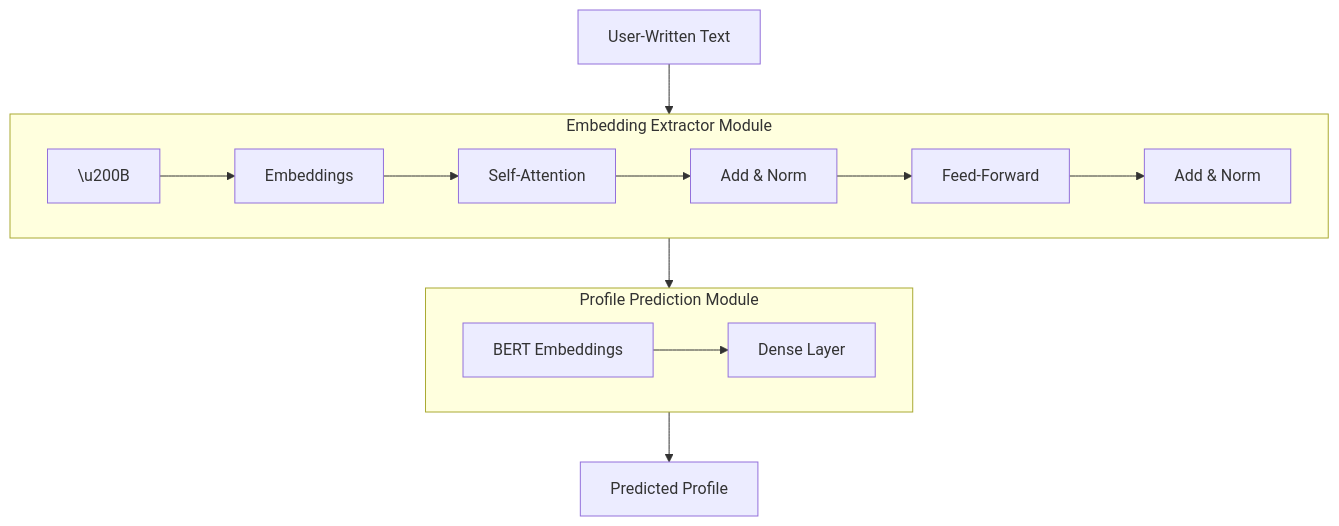
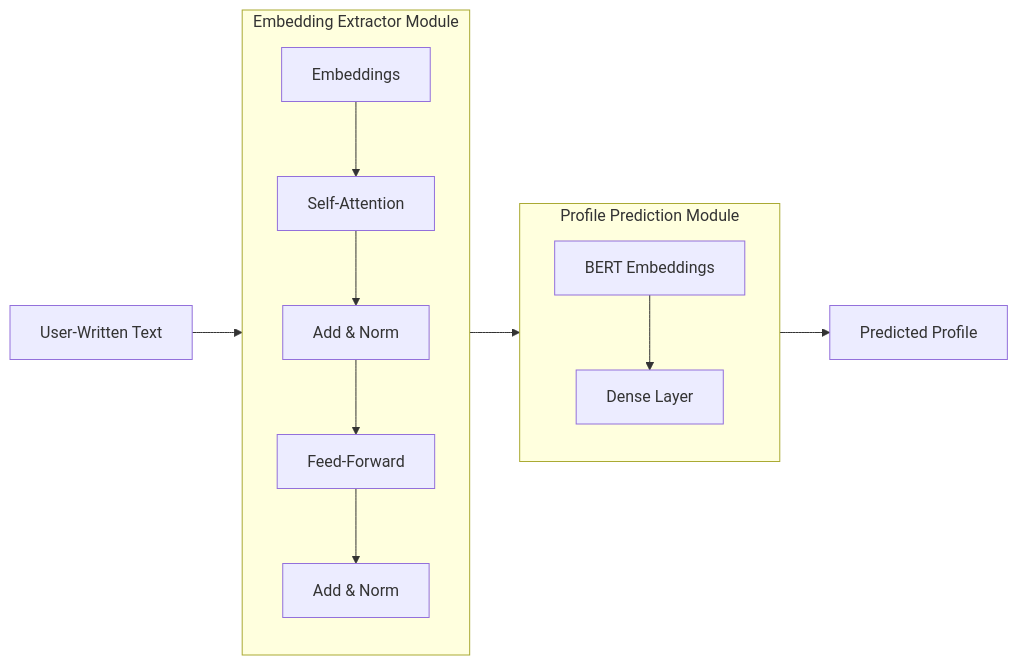
The diagram in README.md (hansung-prism-lab/sw-industry-collab-2025), drawn with Mermaid before and after one commit.

````diff
--- a/README.md
+++ b/README.md
@@ -48,22 +48,20 @@
 ```mermaid
-flowchart TD
+flowchart LR
     A[User-Written Text] --> EMB
 
      subgraph EMB[Embedding Extractor Module]
-     	direction LR
-        PAD1["\u200B"] --> E[Embeddings] --> SA[Self-Attention] --> AN1[Add & Norm] --> FF[Feed-Forward] -->AN2[Add & Norm]
+        E[Embeddings] -->SA[Self-Attention] -->AN1[Add & Norm] -->FF[Feed-Forward] -->AN2[Add & Norm]
     end
 
 	
     EMB --> Pred  
     subgraph Pred[Profile Prediction Module]
-    	direction LR
     	BE[BERT Embeddings]
     	DL[Dense Layer]
     	
     	BE --> DL
     end
     
     Pred --> OUT[Predicted Profile]
 
 ```
````
